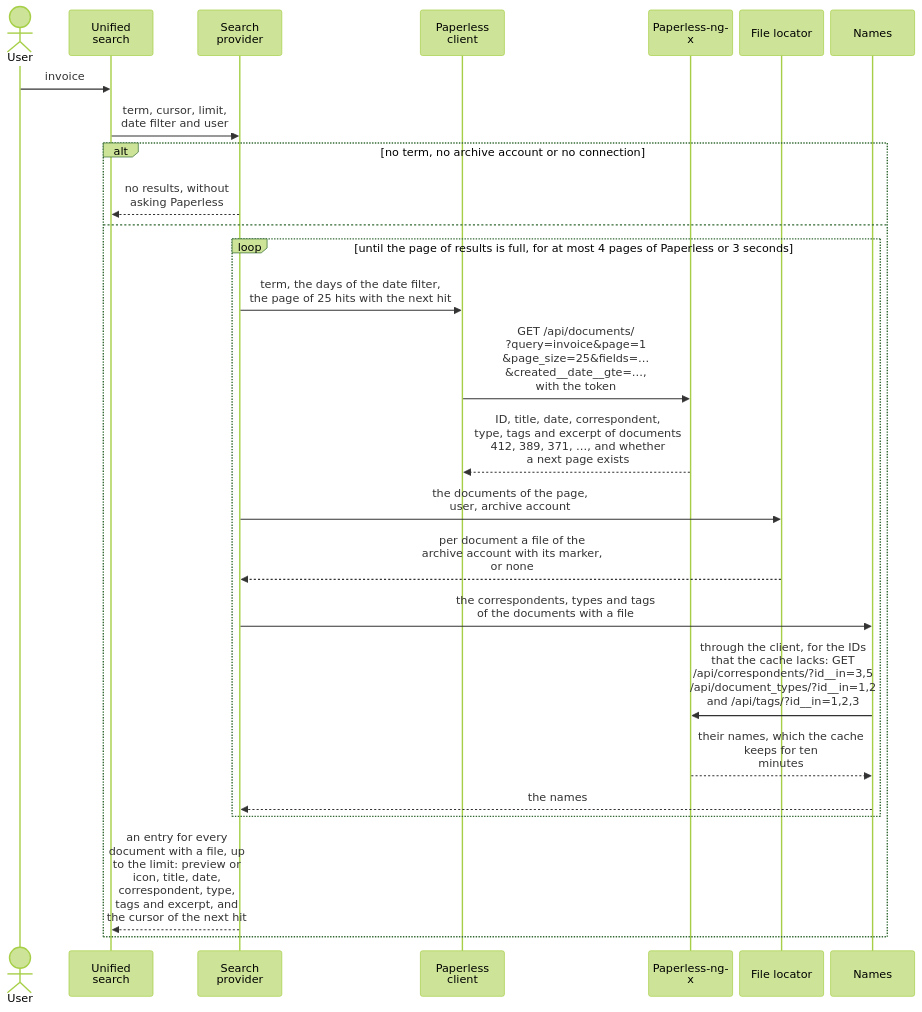
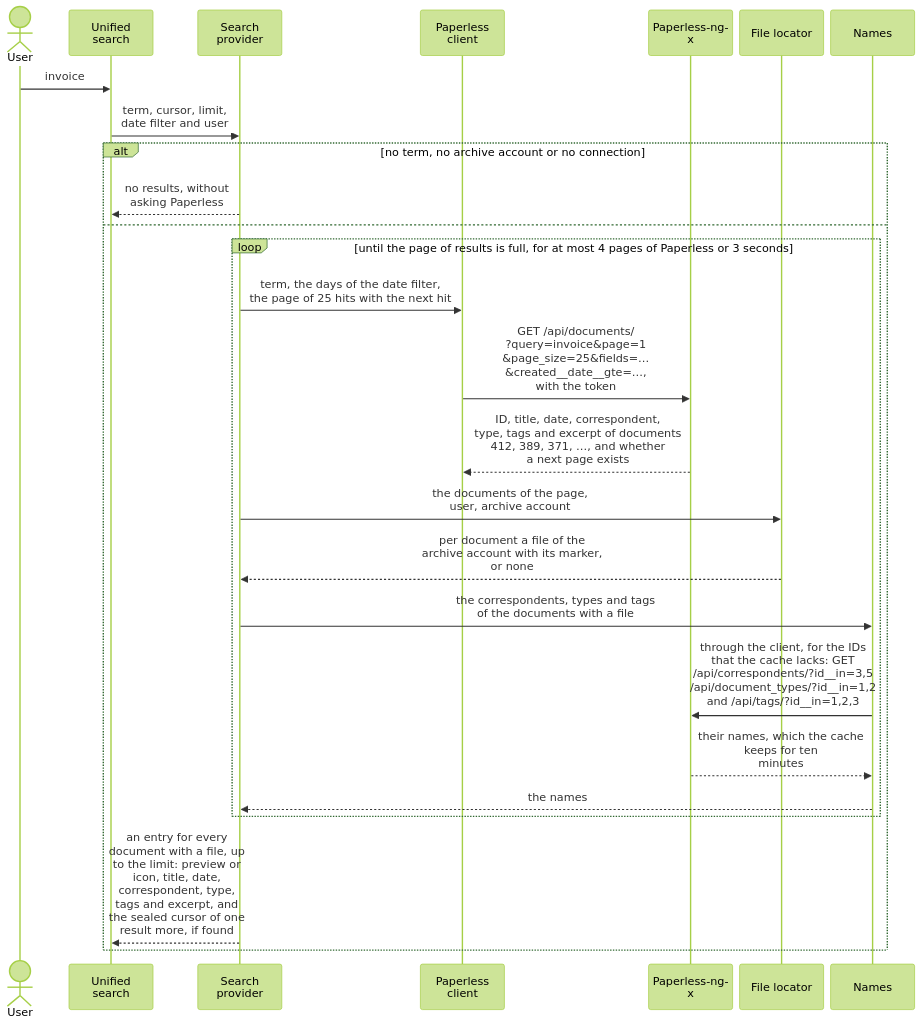
Before and after one commit to Dennis-Otto/paperless-unified-search: the diagram in docs/diagrams/the-data-flow-of-a-search.mmd, drawn with Mermaid (forest theme). The commit also changed 28 other files, not shown here.

First line of the commit message:
fix(search): page on only to a result that the user may open, with a sealed cursor (#420)

```diff
--- a/docs/diagrams/the-data-flow-of-a-search.mmd
+++ b/docs/diagrams/the-data-flow-of-a-search.mmd
@@ -1,36 +1,36 @@
 ---
 config:
   sequence:
     wrap: true
     width: 120
     actorMargin: 10
 ---
 sequenceDiagram
     accTitle: The data flow of a search
-    accDescr: A user searches for invoice. The unified search passes the term, the cursor, the limit, the date filter and the user to the search provider. Without a term, an archive account or a connection, the provider answers with no results and doesn't ask Paperless. Otherwise, until the page of results is full, the Paperless client asks Paperless-ngx with the token for the page of 25 hits that holds the next hit, within the days of the date filter, and only for the fields that a result shows, and Paperless answers with the ID, the title, the date, the IDs of the correspondent, the type and the tags and the excerpt of documents 412, 389, 371 and more, and whether a next page exists. One call of the file locator covers all documents of that page and returns for each a file of the archive account with its marker, or none. For the documents with a file, the names ask Paperless, through the client, for the correspondents, the types and the tags that the cache doesn't hold, with one request per kind, and keep their names for ten minutes. This repeats for at most 4 pages of Paperless or 3 seconds. The provider answers with an entry for every document with a file, up to the limit, with the preview of the file or the icon of its type, the title, the date in the language of the user, the correspondent, the type and the excerpt, and the cursor of the first hit that it didn't go through.
+    accDescr: A user searches for invoice. The unified search passes the term, the cursor, the limit, the date filter and the user to the search provider. Without a term, an archive account or a connection, the provider answers with no results and doesn't ask Paperless. Otherwise, until the page of results is full, the Paperless client asks Paperless-ngx with the token for the page of 25 hits that holds the next hit, within the days of the date filter, and only for the fields that a result shows, and Paperless answers with the ID, the title, the date, the IDs of the correspondent, the type and the tags and the excerpt of documents 412, 389, 371 and more, and whether a next page exists. One call of the file locator covers all documents of that page and returns for each a file of the archive account with its marker, or none. For the documents with a file, the names ask Paperless, through the client, for the correspondents, the types and the tags that the cache doesn't hold, with one request per kind, and keep their names for ten minutes. This repeats for at most 4 pages of Paperless or 3 seconds. The provider answers with an entry for every document with a file, up to the limit, with the preview of the file or the icon of its type, the title, the date in the language of the user, the correspondent, the type and the excerpt, and, when it found one result more than the page holds, the sealed cursor of that result, which it leaves for the next page.
 
     actor User
     participant Search as Unified search
     participant Provider as Search provider
     participant Client as Paperless client
     participant Paperless as Paperless-ngx
     participant Locator as File locator
     participant Names as Names
     User->>Search: invoice
     Search->>Provider: term, cursor, limit,<br>date filter and user
     alt no term, no archive account or no connection
         Provider-->>Search: no results, without asking Paperless
     else
         loop until the page of results is full, for at most 4 pages of Paperless or 3 seconds
             Provider->>Client: term, the days of the date filter,<br>the page of 25 hits with the next hit
             Client->>Paperless: GET /api/documents/<br>?query=invoice&page=1<br>&page_size=25&fields=…<br>&created__date__gte=…,<br>with the token
             Paperless-->>Client: ID, title, date, correspondent,<br>type, tags and excerpt of documents<br>412, 389, 371, …, and whether<br>a next page exists
             Provider->>Locator: the documents of the page,<br>user, archive account
             Locator-->>Provider: per document a file of the<br>archive account with its marker,<br>or none
             Provider->>Names: the correspondents, types and tags<br>of the documents with a file
             Names->>Paperless: through the client, for the IDs<br>that the cache lacks: GET<br>/api/correspondents/?id__in=3,5<br>/api/document_types/?id__in=1,2<br>and /api/tags/?id__in=1,2,3
             Paperless-->>Names: their names, which the cache<br>keeps for ten minutes
             Names-->>Provider: the names
         end
-        Provider-->>Search: an entry for every document with a file, up to the limit: preview or icon, title, date, correspondent, type, tags and excerpt, and the cursor of the next hit
+        Provider-->>Search: an entry for every document with a file, up to the limit: preview or icon, title, date, correspondent, type, tags and excerpt, and the sealed cursor of one result more, if found
     end
```
